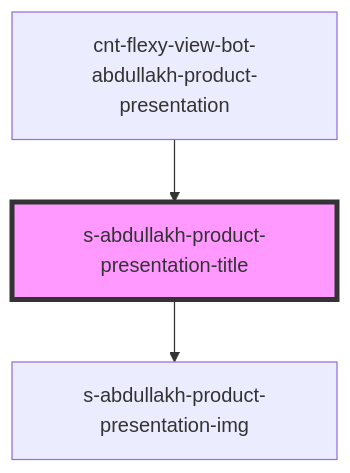
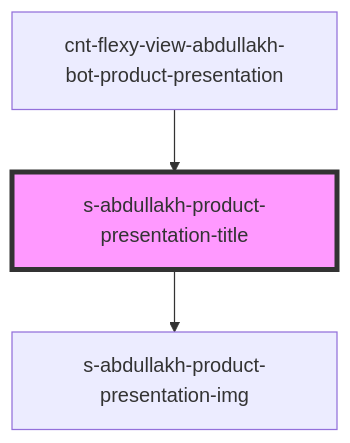
One commit to Wokh-Dada/botdevelopmentapp changed the diagram in src/components/cnt-flexy-view-abdullakh-bot-product-presentation-1_0_0/res/view/cnt-flexy-view-abdullakh-bot-product-presentation/res/view/s-abdullakh-product-presentation-title/readme.md. Above: the diagram before and after it, drawn with Mermaid. The commit also changed other lines of this file and 24 other files, not shown here.

````diff
--- a/src/components/cnt-flexy-view-abdullakh-bot-product-presentation-1_0_0/res/view/cnt-flexy-view-abdullakh-bot-product-presentation/res/view/s-abdullakh-product-presentation-title/readme.md
+++ b/src/components/cnt-flexy-view-abdullakh-bot-product-presentation-1_0_0/res/view/cnt-flexy-view-abdullakh-bot-product-presentation/res/view/s-abdullakh-product-presentation-title/readme.md
@@ -35,6 +35,6 @@
 ```mermaid
 graph TD;
   s-abdullakh-product-presentation-title --> s-abdullakh-product-presentation-img
-  cnt-flexy-view-bot-abdullakh-product-presentation --> s-abdullakh-product-presentation-title
+  cnt-flexy-view-abdullakh-bot-product-presentation --> s-abdullakh-product-presentation-title
   style s-abdullakh-product-presentation-title fill:#f9f,stroke:#333,stroke-width:4px
 ```
````
